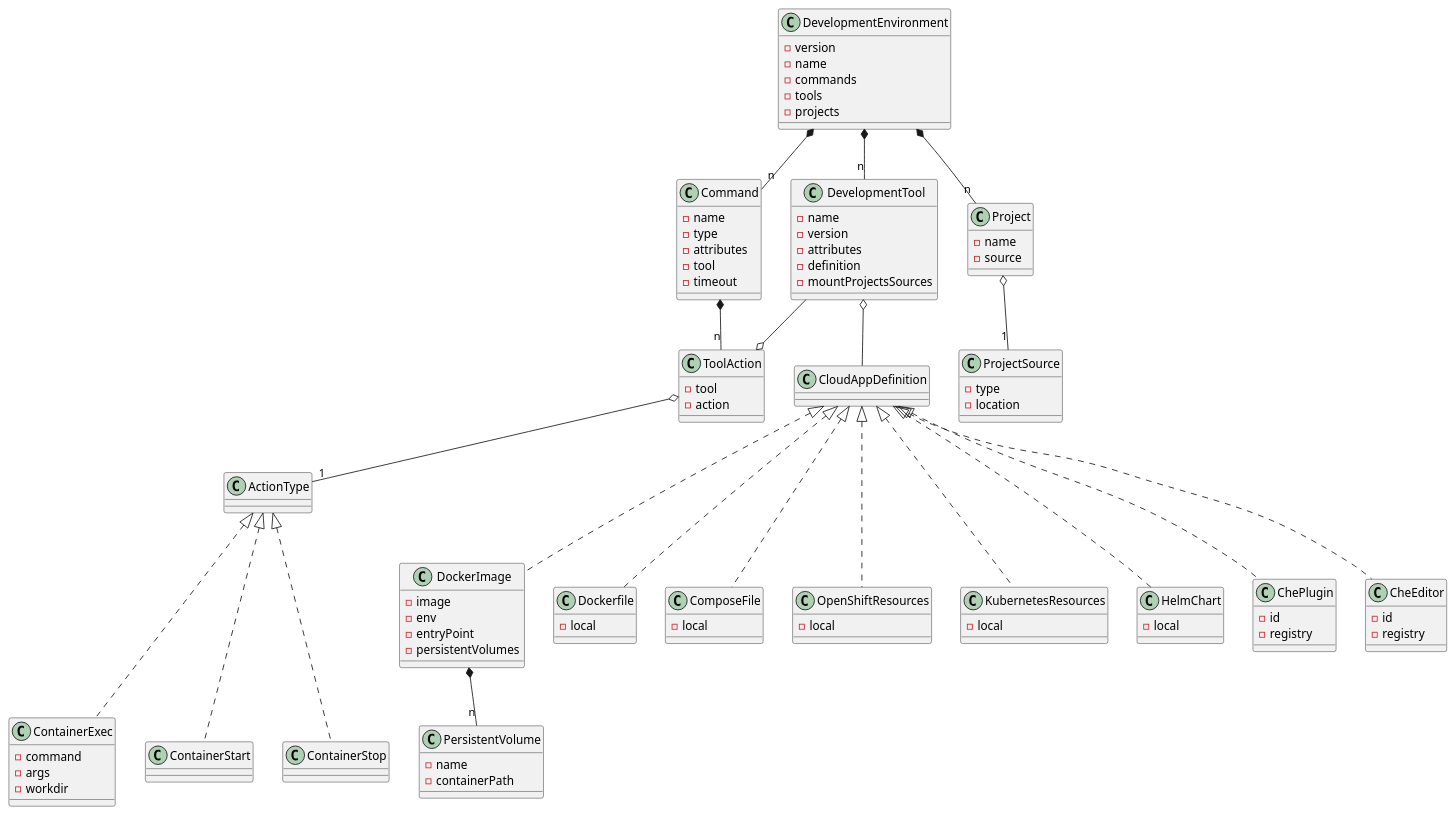
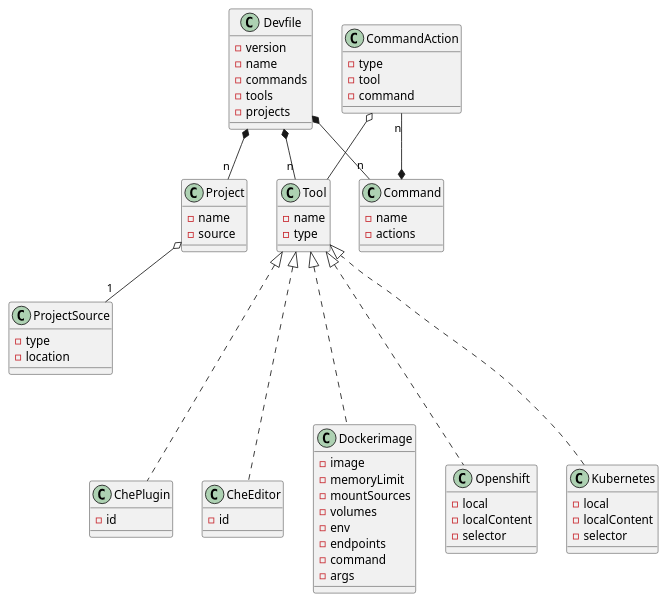
One commit to redhat-developer/devfile changed the diagram in devfile.plantuml. Above: the diagram before and after it, drawn with PlantUML. The commit also changed 6 other files, not shown here.

Commit message:
Remove outdated and actualize devfile diagrams

```diff
--- a/devfile.plantuml
+++ b/devfile.plantuml
@@ -1,135 +1,90 @@
 @startuml devfile
 
-class DevelopmentEnvironment {
+class Devfile {
   - version
   - name
   - commands
   - tools
   - projects
 }
 
 together {
-  class DevelopmentTool
+  class Tool
   class Command
   class Project
 }
 
-together {
-  class ToolAction
-  class CloudAppDefinition
+Devfile *-- "n" Tool
+Devfile *-- "n" Command
+Devfile *-- "n" Project
+
+class Tool {
+    - name
+    - type
 }
 
-DevelopmentEnvironment *-- "n" DevelopmentTool
-DevelopmentEnvironment *-- "n" Command
-DevelopmentEnvironment *-- "n" Project
 
-class DevelopmentTool {
-    - name
-    - version
-    - attributes
-    - definition
-    - mountProjectsSources
-}
-
-DevelopmentTool o-- CloudAppDefinition
-
-CloudAppDefinition <|-.. DockerImage
-CloudAppDefinition <|-.. Dockerfile
-CloudAppDefinition <|-.. ComposeFile
-CloudAppDefinition <|-.. OpenShiftResources
-CloudAppDefinition <|-.. KubernetesResources
-CloudAppDefinition <|-.. HelmChart
-CloudAppDefinition <|-.. ChePlugin
-CloudAppDefinition <|-.. CheEditor
+Tool <|-.. Dockerimage
+Tool <|-.. Openshift
+Tool <|-.. Kubernetes
+Tool <|-.. ChePlugin
+Tool <|-.. CheEditor
 
 class Command {
   - name
-  - type
-  - attributes
-  - tool
-  - timeout
+  - actions
 }
 
-Command *-- "n" ToolAction
-ToolAction o-- DevelopmentTool
+Command *-- "n" CommandAction
+CommandAction o-- Tool
 
-class ToolAction {
+class CommandAction {
+  - type
   - tool
-  - action
-}
-
-ToolAction o-- "1" ActionType
-
-ActionType <|-..ContainerExec
-ActionType <|-..ContainerStart
-ActionType <|-..ContainerStop
-
-together {
-  class ContainerExec
-  class ContainerStart
-  class ContainerStop
-}
-
-class ContainerExec {
   - command
-  - args
-  - workdir
 }
 
 class Project {
   - name
   - source
 }
 
 Project o-- "1" ProjectSource
 
 class ProjectSource {
   - type
   - location
 }
 
-class DockerImage {
-  - image
-  - env
-  - entryPoint
-  - persistentVolumes
+class Dockerimage {
+   - image
+   - memoryLimit
+   - mountSources
+   - volumes
+   - env
+   - endpoints
+   - command
+   - args
 }
 
-DockerImage *-- "n" PersistentVolume
-
-class PersistentVolume {
-  - name
-  - containerPath
+class Openshift {
+  - local
+  - localContent
+  - selector
 }
 
-class ComposeFile {
+class Kubernetes {
   - local
-}
-
-class Dockerfile {
-  - local
-}
-
-class OpenShiftResources {
-  - local
-}
-
-class KubernetesResources {
-  - local
-}
-
-class HelmChart {
-  - local
+  - localContent
+  - selector
 }
 
 class ChePlugin {
   - id
-  - registry
 }
 
 class CheEditor {
   - id
-  - registry
 }
 
 @enduml
```
